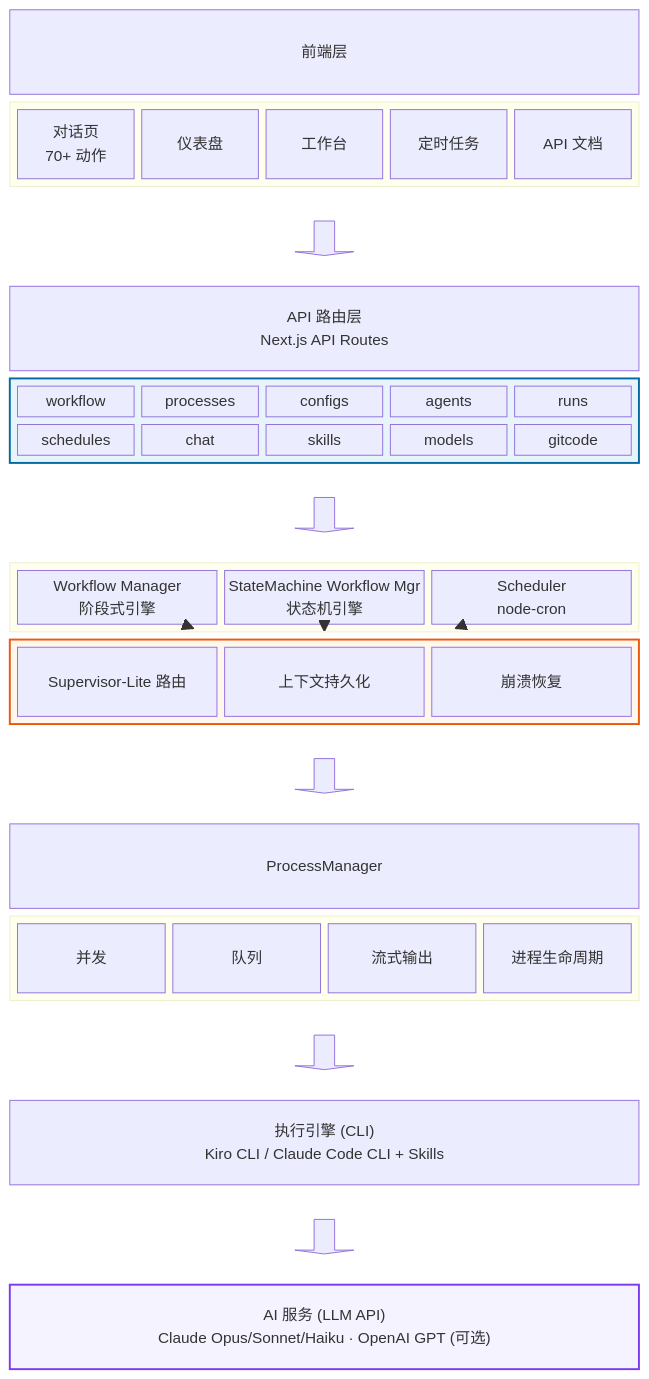
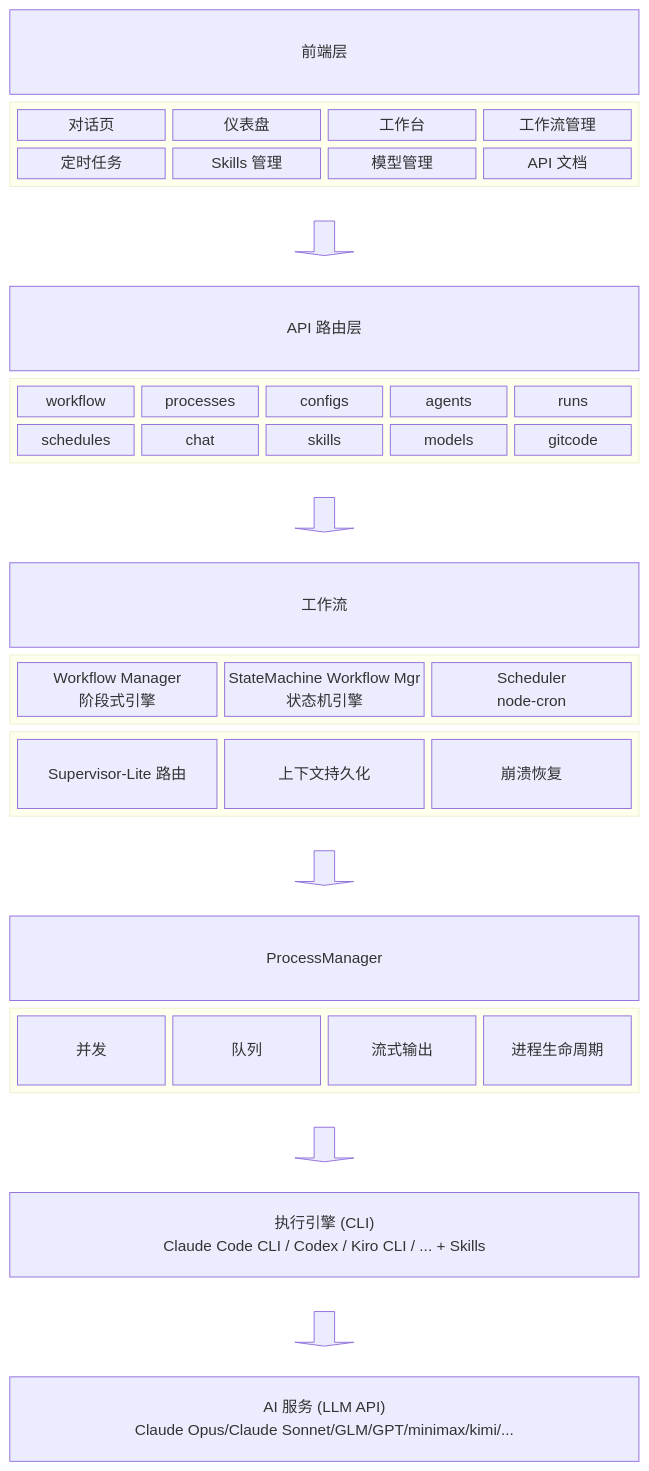
One commit to cangjielanguage-sig/ACEHarness changed the diagram in README.md. Above: the diagram before and after it, drawn with Mermaid. The commit also changed other lines of this file, not shown here.

Commit message:
docs(readme): expand frontend pages in architecture diagram
Update the Pages block to reflect current system modules and refresh engine/model labels in the Mermaid architecture view.

````diff
--- a/README.md
+++ b/README.md
@@ -147,61 +147,64 @@
 ```mermaid
 block-beta
 columns 1
   FE["前端层"]
   block:Pages
-    columns 5
-    P1["对话页<br/>70+ 动作"]
+    columns 4
+    P1["对话页"]
     P2["仪表盘"]
     P3["工作台"]
-    P4["定时任务"]
-    P5["API 文档"]
+    P4["工作流管理"]
+    P5["定时任务"]
+    P6["Skills 管理"]
+    P7["模型管理"]
+    P8["API 文档"]
   end
-  arr1<["&nbsp;&nbsp;&nbsp;"]>(down)
+  arr1<["   "]>(down)
 columns 1
-  RT["API 路由层<br/>Next.js API Routes"]
+  RT["API 路由层"]
   block:Routes
-      columns 5
-      R1["workflow"]
-      R2["processes"]
-      R3["configs"]
-      R4["agents"]
-      R5["runs"]
-      R6["schedules"]
-      R7["chat"]
-      R8["skills"]
-      R9["models"]
-      R10["gitcode"]
-end
-  arr2<["&nbsp;&nbsp;&nbsp;"]>(down)
-  block:Engines
+    columns 5
+    R1["workflow"]
+    R2["processes"]
+    R3["configs"]
+    R4["agents"]
+    R5["runs"]
+    R6["schedules"]
+    R7["chat"]
+    R8["skills"]
+    R9["models"]
+    R10["gitcode"]
+  end
+  arr2<["   "]>(down)
+columns 1
+  Workflows["工作流"]
+columns 1
+  block:Flows
     columns 3
     WM["Workflow Manager<br/>阶段式引擎"]
     SM["StateMachine Workflow Mgr<br/>状态机引擎"]
     SC["Scheduler<br/>node-cron"]
   end
+columns 1
   block:ProcessManager
     columns 3
     S1["Supervisor-Lite 路由"]
     S2["上下文持久化"]
     S3["崩溃恢复"]
   end
-  arr3<["&nbsp;&nbsp;&nbsp;"]>(down)
+columns 1
+  arr3<["   "]>(down)
     PMHdr["ProcessManager"]
     block:PMFeatures
       columns 4
       PM1["并发"]
       PM2["队列"]
       PM3["流式输出"]
       PM4["进程生命周期"]
   end
-  arr4<["&nbsp;&nbsp;&nbsp;"]>(down)
-  EX["执行引擎 (CLI)<br/>Kiro CLI / Claude Code CLI + Skills"]
-  arr5<["&nbsp;&nbsp;&nbsp;"]>(down)
-  LLM["AI 服务 (LLM API)<br/>Claude Opus/Sonnet/Haiku · OpenAI GPT (可选)"]
-  WM --> ProcessManager
-  SM --> ProcessManager
-  SC --> ProcessManager
-  style Routes fill:#e8f4fc,stroke:#0369a1,stroke-width:2px
-  style ProcessManager fill:#fff7ed,stroke:#ea580c,stroke-width:2px
-  style LLM fill:#f5f3ff,stroke:#7c3aed,stroke-width:2px
+columns 1
+  arr4<["   "]>(down)
+  EX["执行引擎 (CLI)<br/>Claude Code CLI / Codex / Kiro CLI / ... + Skills"]
+  arr5<["   "]>(down)
+  LLM["AI 服务 (LLM API)<br/>Claude Opus/Claude Sonnet/GLM/GPT/minimax/kimi/..."]
 ```
````
